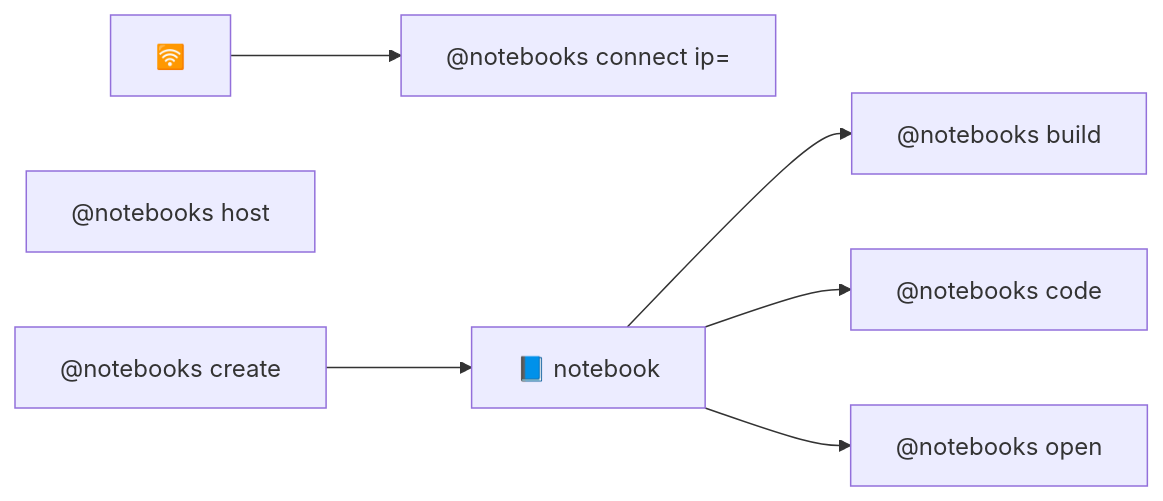
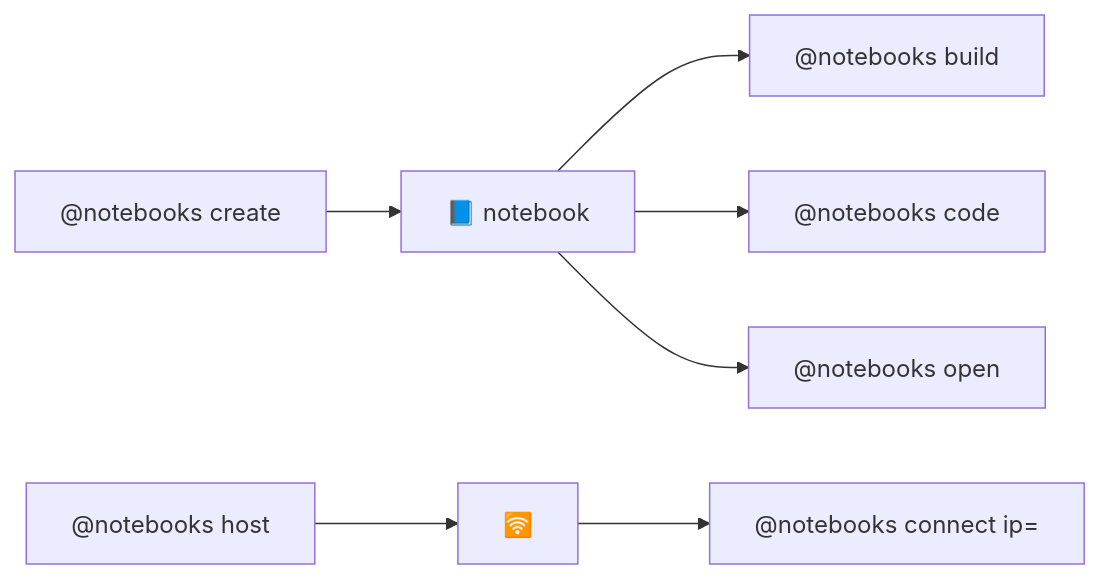
Before and after one commit to kamangir/bluer-sandbox: the diagram in template.md, drawn with Mermaid. The commit also changed 2 other files, not shown here.

Commit message:
doc++ - kamangir/bolt#746

````diff
--- a/template.md
+++ b/template.md
@@ -9,30 +9,30 @@
 ```mermaid
 graph LR
 
     notebooks_build["@notebooks build <notebook-name>"]
 
     notebooks_code["@notebooks code <notebook-name>"]
     
     notebooks_connect["@notebooks connect ip=<ip-address>"]
 
     notebooks_create["@notebooks create <notebook-name>"]
 
     notebooks_host["@notebooks host"]
 
     notebooks_open["@notebooks open <notebook-name>"]
 
     notebook["📘 notebook"]:::folder
     ip_address["🛜 <ip-address>"]:::folder
 
     notebook --> notebooks_build
 
     notebook --> notebooks_code
 
     ip_address --> notebooks_connect
 
-    notebooks_host
+    notebooks_host --> ip_address
 
     notebooks_create --> notebook
 
     notebook --> notebooks_open
 ```
````
